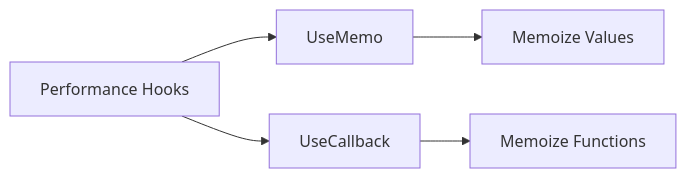
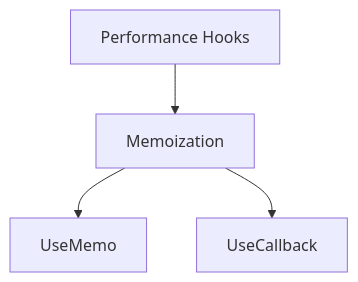
The second of 8 diagrams in src/Ivy.Docs.Shared/Docs/03_Hooks/01_HookIntroduction.md (Ivy-Interactive/Ivy-Framework), drawn with Mermaid before and after one commit. The commit also changed other lines of this file, not shown here.

Commit message:
feat: refactor mermaid

````diff
--- a/src/Ivy.Docs.Shared/Docs/03_Hooks/01_HookIntroduction.md
+++ b/src/Ivy.Docs.Shared/Docs/03_Hooks/01_HookIntroduction.md
@@ -181,8 +181,7 @@
 ```mermaid
-flowchart LR
-    A[Performance Hooks] --> B[UseMemo]
-    A --> C[UseCallback]
+flowchart TB
+    A[Performance Hooks] --> B[Memoization]
     
-    B --> B1[Memoize Values]
-    C --> C1[Memoize Functions]
+    B --> B1[UseMemo]
+    B --> B2[UseCallback]
 ```
````
